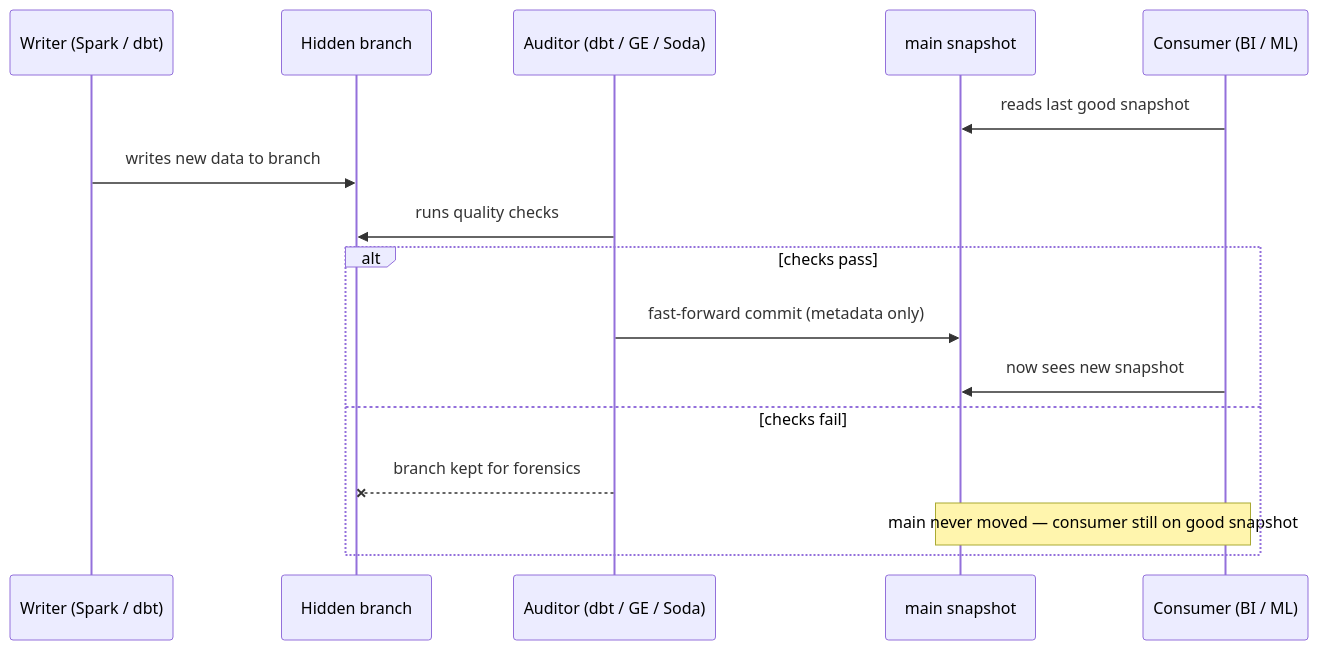
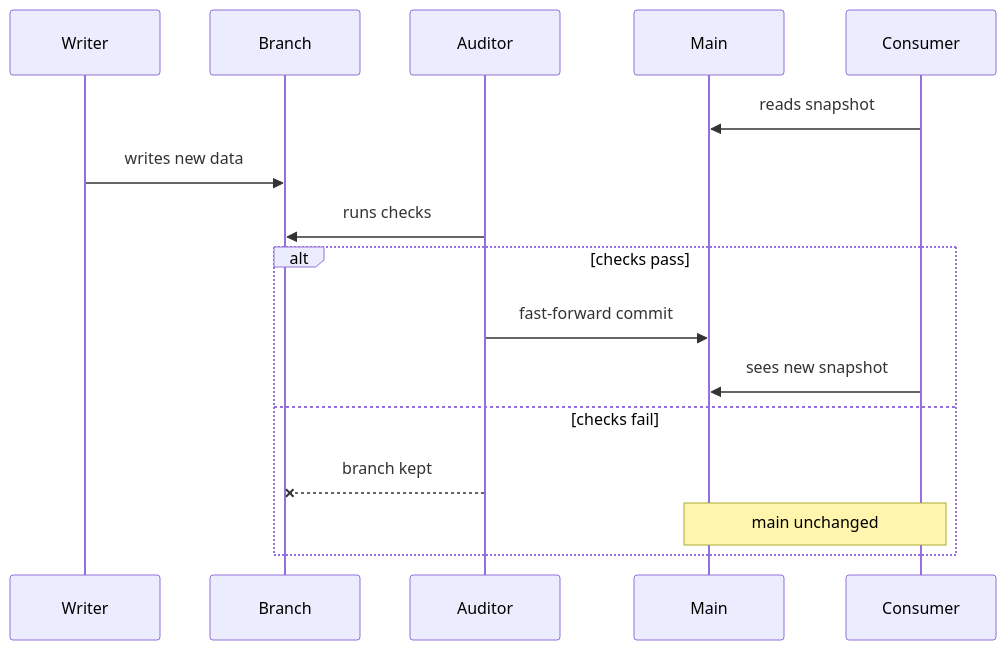
One commit to Vaibhavfrenz/blogs changed the diagram in diagrams/quality-wap-sequence.mmd. Above: the diagram before and after it, drawn with Mermaid. The commit also changed 4 other files, not shown here.

First line of the commit message:
Fix diagram label clipping in quality article

```diff
--- a/diagrams/quality-wap-sequence.mmd
+++ b/diagrams/quality-wap-sequence.mmd
@@ -1,16 +1,16 @@
 sequenceDiagram
-    participant W as Writer (Spark / dbt)
-    participant B as Hidden branch
-    participant A as Auditor (dbt / GE / Soda)
-    participant M as main snapshot
-    participant C as Consumer (BI / ML)
-    C->>M: reads last good snapshot
-    W->>B: writes new data to branch
-    A->>B: runs quality checks
+    participant W as Writer
+    participant B as Branch
+    participant A as Auditor
+    participant M as Main
+    participant C as Consumer
+    C->>M: reads snapshot
+    W->>B: writes new data
+    A->>B: runs checks
     alt checks pass
-        A->>M: fast-forward commit (metadata only)
-        C->>M: now sees new snapshot
+        A->>M: fast-forward commit
+        C->>M: sees new snapshot
     else checks fail
-        A--xB: branch kept for forensics
-        Note over M,C: main never moved — consumer still on good snapshot
+        A--xB: branch kept
+        Note over M,C: main unchanged
     end
```
